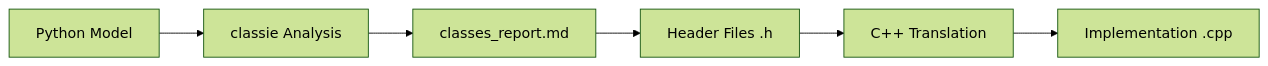
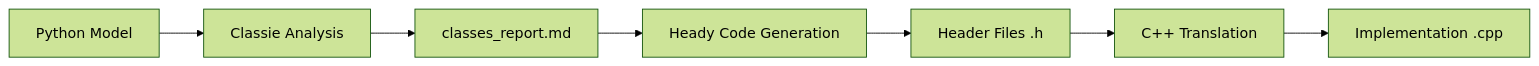
Before and after one commit to marsguo2049/Py2Cpp4OR: the diagram in agent.md, drawn with Mermaid (forest theme). The commit also changed other lines of this file, not shown here.

````diff
--- a/agent.md
+++ b/agent.md
@@ -213,8 +245,9 @@
 ```mermaid
 graph LR
-    A[Python Model] --> B[classie Analysis]
+    A[Python Model] --> B[Classie Analysis]
     B --> C[classes_report.md]
-    C --> D[Header Files .h]
-    D --> E[C++ Translation]
-    E --> F[Implementation .cpp]
+    C --> D[Heady Code Generation]
+    D --> E[Header Files .h]
+    E --> F[C++ Translation]
+    F --> G[Implementation .cpp]
 ```
````
